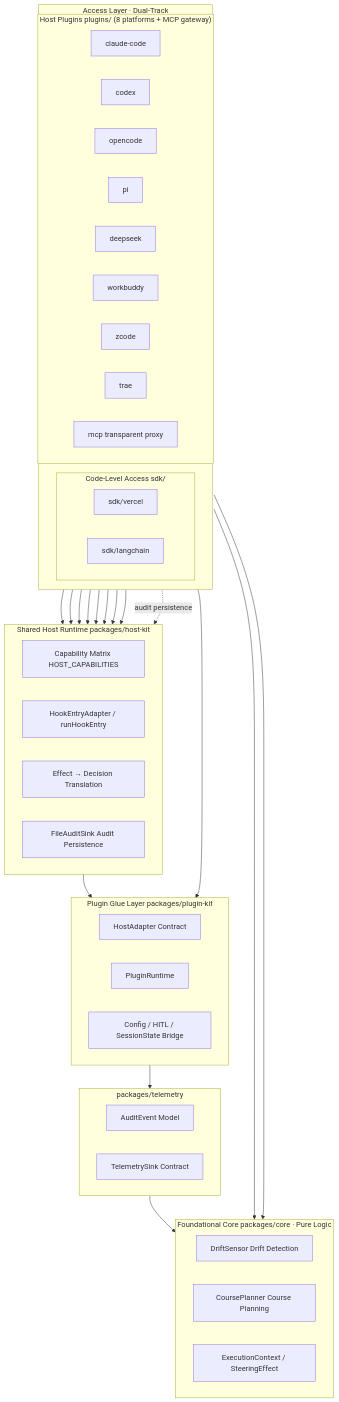
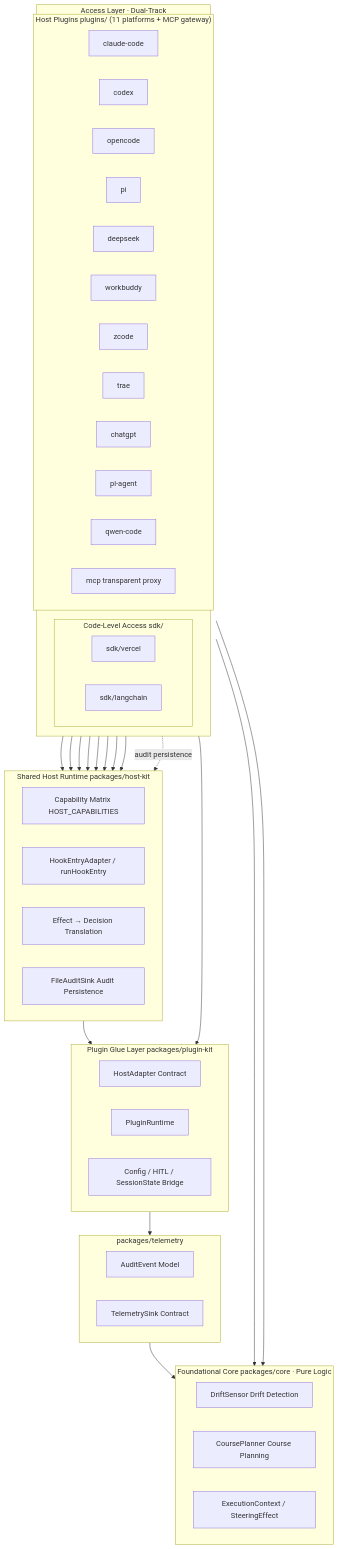
One commit to chaos-design/arcs changed the first of 2 diagrams in README.md. Above: the diagram before and after it, drawn with Mermaid. The commit also changed other lines of this file and 69 other files, not shown here.

First line of the commit message:
feat(plugins): 统一 Hook 原语并新增 ChatGPT/PL Agent/Qwen Code 三个宿主插件

````diff
--- a/README.md
+++ b/README.md
@@ -66,57 +66,60 @@
 ```mermaid
 flowchart TB
   subgraph L1["Access Layer · Dual-Track"]
     direction LR
     subgraph SDK["Code-Level Access sdk/"]
       SV["sdk/vercel"]
       SL["sdk/langchain"]
     end
-    subgraph PL["Host Plugins plugins/ (8 platforms + MCP gateway)"]
+    subgraph PL["Host Plugins plugins/ (11 platforms + MCP gateway)"]
       CC["claude-code"]
       CODEX["codex"]
       OC["opencode"]
       PI["pi"]
       DS["deepseek"]
       WB["workbuddy"]
       ZC["zcode"]
       TR["trae"]
+      CG["chatgpt"]
+      PA["pl-agent"]
+      QC["qwen-code"]
       MCP["mcp transparent proxy"]
     end
   end
   subgraph HK["Shared Host Runtime packages/host-kit"]
     CAP["Capability Matrix HOST_CAPABILITIES"]
     HOOK["HookEntryAdapter / runHookEntry"]
     DEC["Effect → Decision Translation"]
     AUDIT["FileAuditSink Audit Persistence"]
   end
   subgraph KIT["Plugin Glue Layer packages/plugin-kit"]
     HA["HostAdapter Contract"]
     RT["PluginRuntime"]
     BR["Config / HITL / SessionState Bridge"]
   end
   subgraph TELE["packages/telemetry"]
     AE["AuditEvent Model"]
     TS["TelemetrySink Contract"]
   end
   subgraph CORE["Foundational Core packages/core · Pure Logic"]
     SENSE["DriftSensor Drift Detection"]
     PLAN["CoursePlanner Course Planning"]
     MODEL["ExecutionContext / SteeringEffect"]
   end
 
   SV --> CORE
   SL --> CORE
   CC --> HK
   CODEX --> HK
   OC --> HK
   PI --> HK
   DS --> HK
   WB --> HK
   ZC --> HK
   TR --> HK
   MCP --> KIT
   MCP -.audit persistence.-> HK
   HK --> KIT
   KIT --> TELE
   TELE --> CORE
 ```
````
